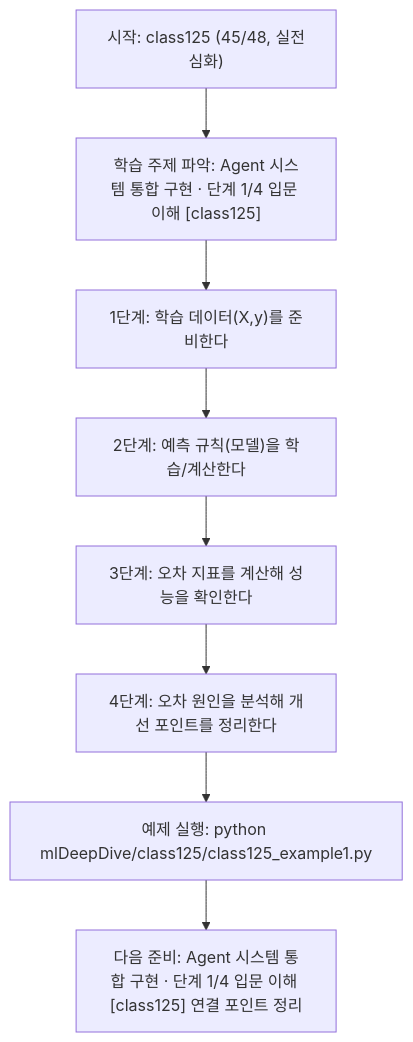
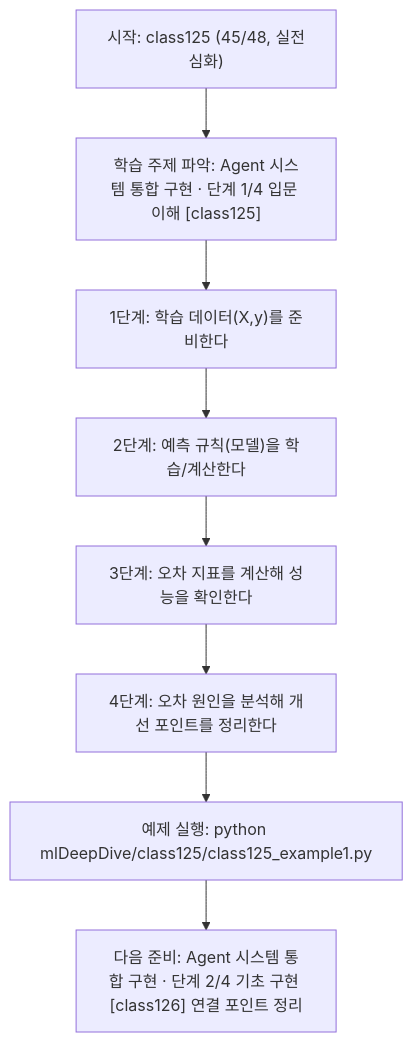
Before and after one commit to edumgt/Python-AI_Agent-Class: the diagram in mlDeepDive/class125/class125.md, drawn with Mermaid. The commit also changed other lines of this file and 338 other files, not shown here.

````diff
--- a/mlDeepDive/class125/class125.md
+++ b/mlDeepDive/class125/class125.md
@@ -111,18 +91,18 @@
 ```mermaid
 flowchart TD
 N1["시작: class125 (45/48, 실전심화)"]
 N2["학습 주제 파악: Agent 시스템 통합 구현 · 단계 1/4 입문 이해 [class125]"]
 N3["1단계: 학습 데이터(X,y)를 준비한다"]
 N4["2단계: 예측 규칙(모델)을 학습/계산한다"]
 N5["3단계: 오차 지표를 계산해 성능을 확인한다"]
 N6["4단계: 오차 원인을 분석해 개선 포인트를 정리한다"]
 N7["예제 실행: python mlDeepDive/class125/class125_example1.py"]
-N8["다음 준비: Agent 시스템 통합 구현 · 단계 1/4 입문 이해 [class125] 연결 포인트 정리"]
+N8["다음 준비: Agent 시스템 통합 구현 · 단계 2/4 기초 구현 [class126] 연결 포인트 정리"]
 N1 --> N2
 N2 --> N3
 N3 --> N4
 N4 --> N5
 N5 --> N6
 N6 --> N7
 N7 --> N8
 ```
````
